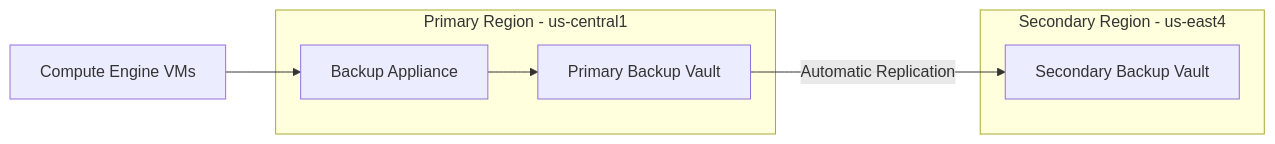
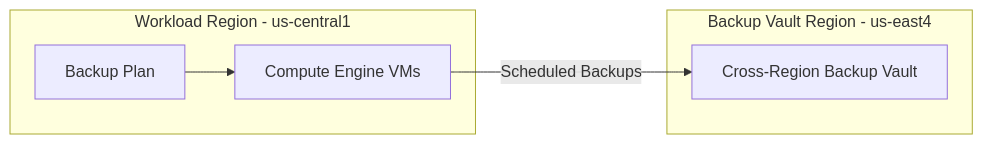
The diagram in posts/2026-02-17-how-to-set-up-cross-region-backup-replication-with-google-cloud-backup-and-dr-backup-vaults/README.md (OneUptime/blog), drawn with Mermaid before and after one commit. The commit also changed other lines of this file and 2 other files, not shown here.

Commit message:
validate: 2026-02-17-how-to-set-up-cross-region-backup-replication-with-google-cloud-backup-and-dr-backup-vaults

````diff
--- a/posts/2026-02-17-how-to-set-up-cross-region-backup-replication-with-google-cloud-backup-and-dr-backup-vaults/README.md
+++ b/posts/2026-02-17-how-to-set-up-cross-region-backup-replication-with-google-cloud-backup-and-dr-backup-vaults/README.md
@@ -19,11 +19,10 @@
 ```mermaid
 graph LR
-    subgraph "Primary Region - us-central1"
-        A[Backup Appliance] --> B[Primary Backup Vault]
+    subgraph "Workload Region - us-central1"
+        A[Backup Plan] --> B[Compute Engine VMs]
     end
-    subgraph "Secondary Region - us-east4"
-        C[Secondary Backup Vault]
+    subgraph "Backup Vault Region - us-east4"
+        C[Cross-Region Backup Vault]
     end
-    B -->|Automatic Replication| C
-    D[Compute Engine VMs] --> A
+    B -->|Scheduled Backups| C
 ```
````
